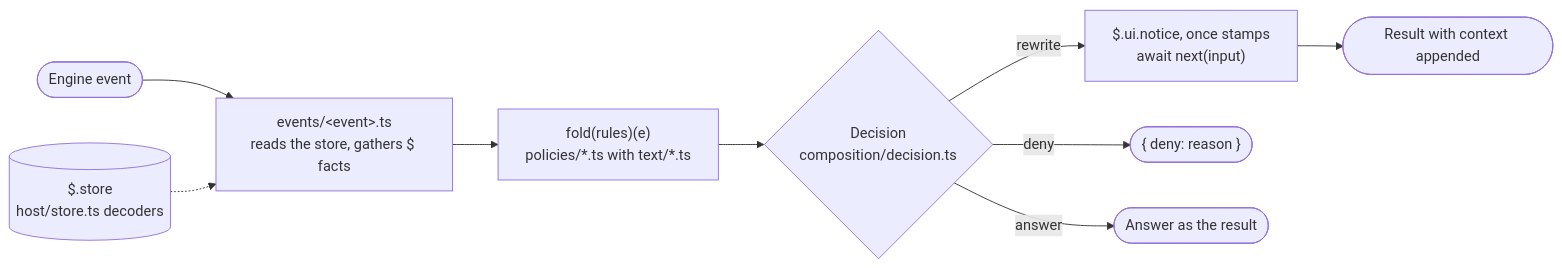
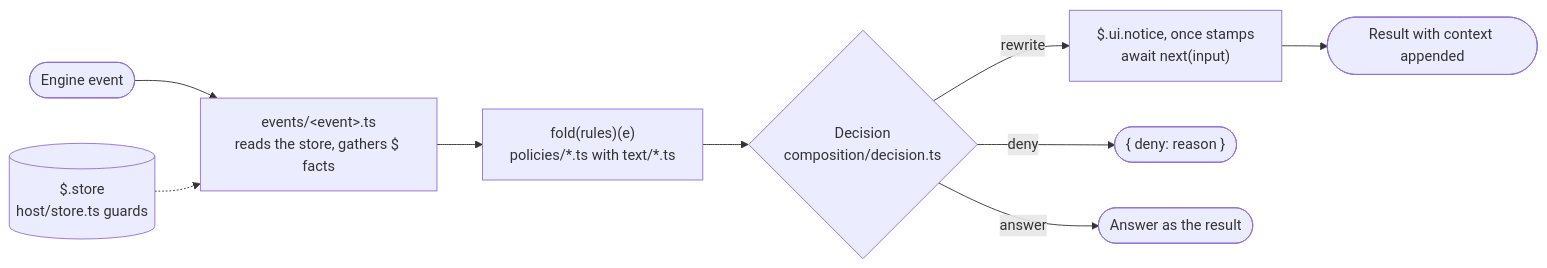
Before and after one commit to bsamiee/Rasm: the diagram in .claude/plugins/function-hooks/README.md, drawn with Mermaid. The commit also changed other lines of this file and 123 other files, not shown here.

````diff
--- a/.claude/plugins/function-hooks/README.md
+++ b/.claude/plugins/function-hooks/README.md
@@ -51,11 +49,11 @@
 ```mermaid
 flowchart LR
     event([Engine event]) --> adapter["events/&lt;event&gt;.ts<br>reads the store, gathers $ facts"]
-    store[("$.store<br>host/store.ts decoders")] -.-> adapter
+    store[("$.store<br>host/store.ts guards")] -.-> adapter
     adapter --> fold["fold(rules)(e)<br>policies/*.ts with text/*.ts"]
     fold --> decision{"Decision<br>composition/decision.ts"}
     decision -->|rewrite| next["$.ui.notice, once stamps<br>await next(input)"]
     next --> result([Result with context appended])
     decision -->|deny| deny(["{ deny: reason }"])
     decision -->|answer| answer([Answer as the result])
 ```
````
